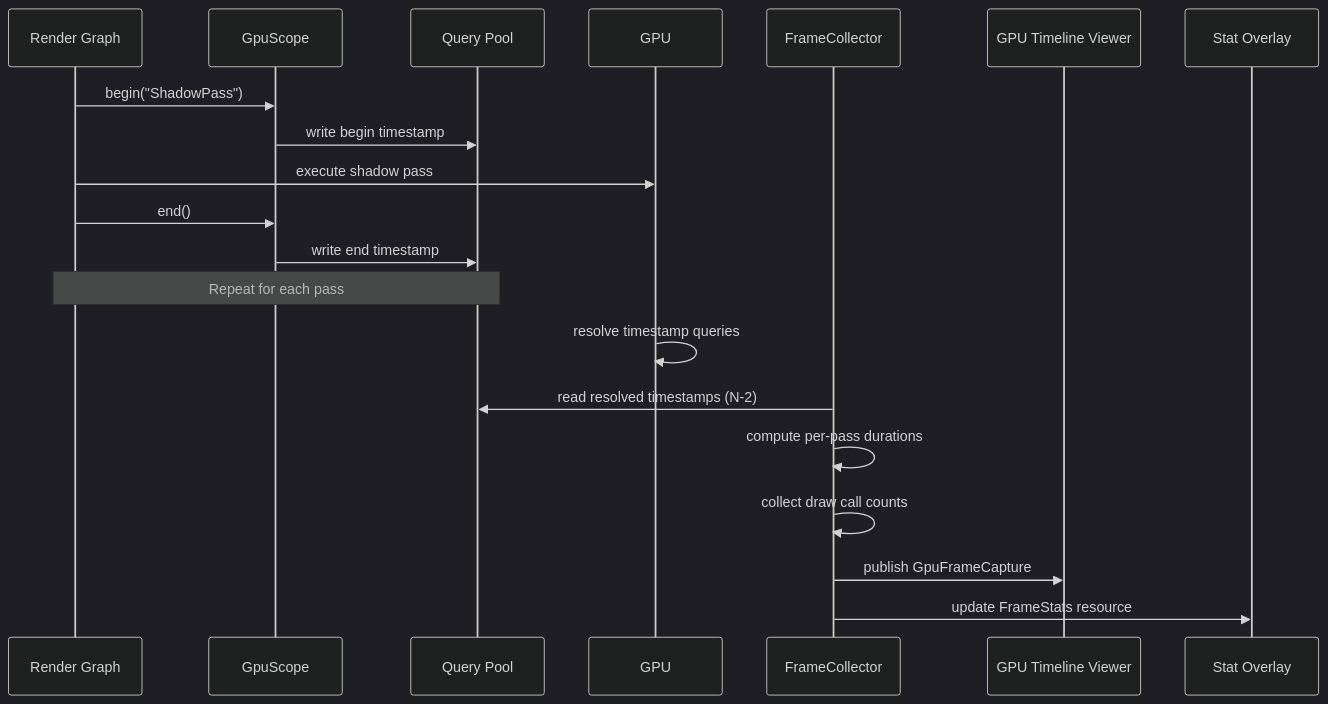
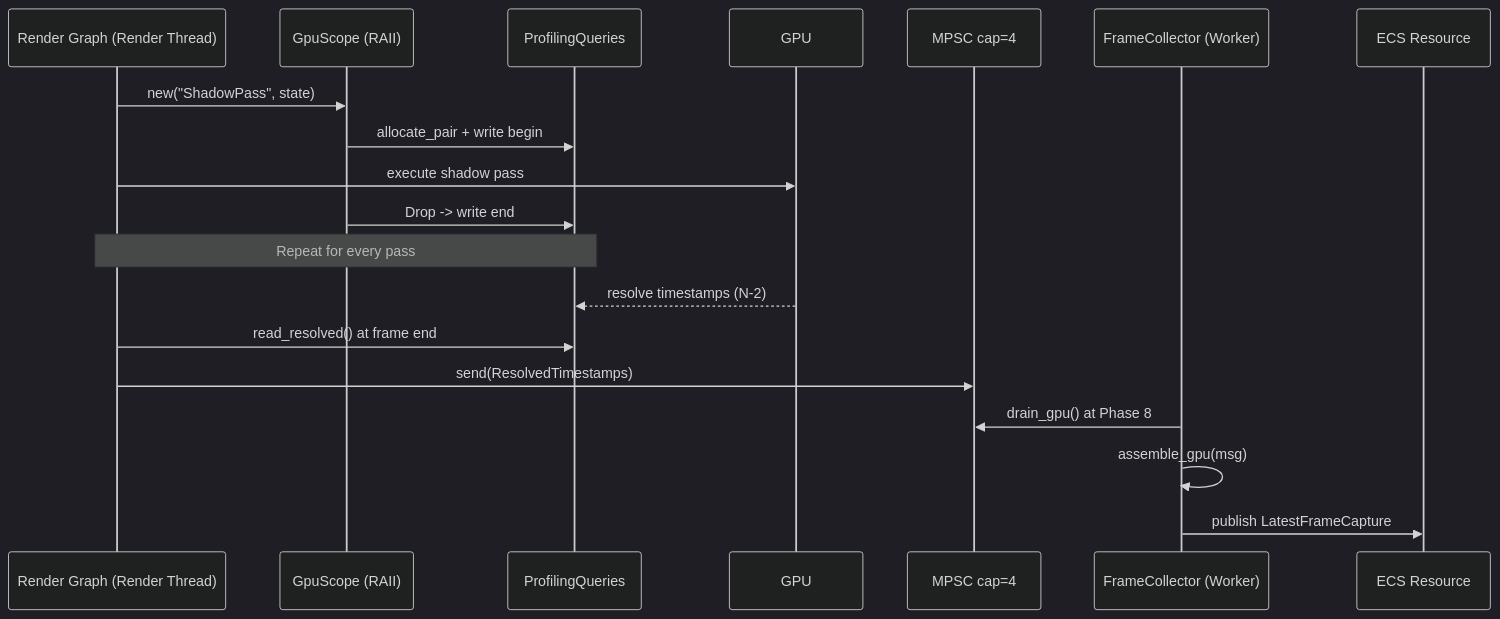
Before and after one commit to harmonius-dev/harmonius: the third of 3 diagrams in docs/design/integration/profiler-rendering.md, drawn with Mermaid (dark theme). The commit also changed other lines of this file and 109 other files, not shown here.

````diff
--- a/docs/design/integration/profiler-rendering.md
+++ b/docs/design/integration/profiler-rendering.md
@@ -213,25 +561,22 @@
 ```mermaid
 sequenceDiagram
-    participant RG as Render Graph
-    participant GS as GpuScope
-    participant QP as Query Pool
+    participant RG as Render Graph (Render Thread)
+    participant GS as GpuScope (RAII)
+    participant PQ as ProfilingQueries
     participant GPU as GPU
-    participant FC as FrameCollector
-    participant GT as GPU Timeline Viewer
-    participant SO as Stat Overlay
+    participant CH as MPSC cap=4
+    participant FC as FrameCollector (Worker)
+    participant ECS as ECS Resource
 
-    RG->>GS: begin("ShadowPass")
-    GS->>QP: write begin timestamp
+    RG->>GS: new("ShadowPass", state)
+    GS->>PQ: allocate_pair + write begin
     RG->>GPU: execute shadow pass
-    RG->>GS: end()
-    GS->>QP: write end timestamp
-
-    Note over RG,QP: Repeat for each pass
-
-    GPU->>GPU: resolve timestamp queries
-    FC->>QP: read resolved timestamps (N-2)
-    FC->>FC: compute per-pass durations
-    FC->>FC: collect draw call counts
-    FC->>GT: publish GpuFrameCapture
-    FC->>SO: update FrameStats resource
+    GS->>PQ: Drop -> write end
+    Note over RG,PQ: Repeat for every pass
+    GPU-->>PQ: resolve timestamps (N-2)
+    RG->>PQ: read_resolved() at frame end
+    RG->>CH: send(ResolvedTimestamps)
+    FC->>CH: drain_gpu() at Phase 8
+    FC->>FC: assemble_gpu(msg)
+    FC->>ECS: publish LatestFrameCapture
 ```
````
